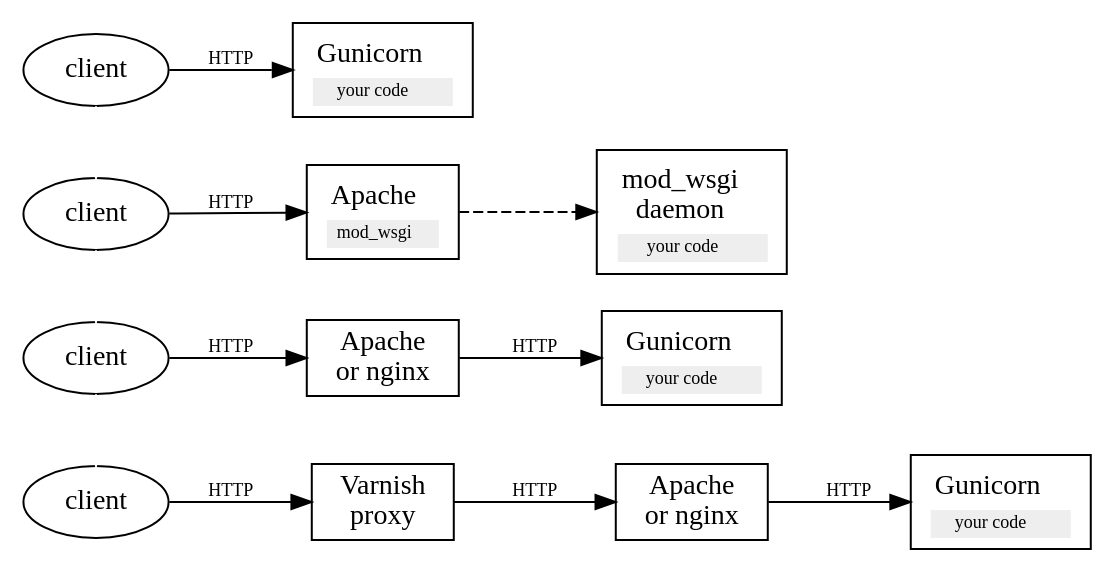
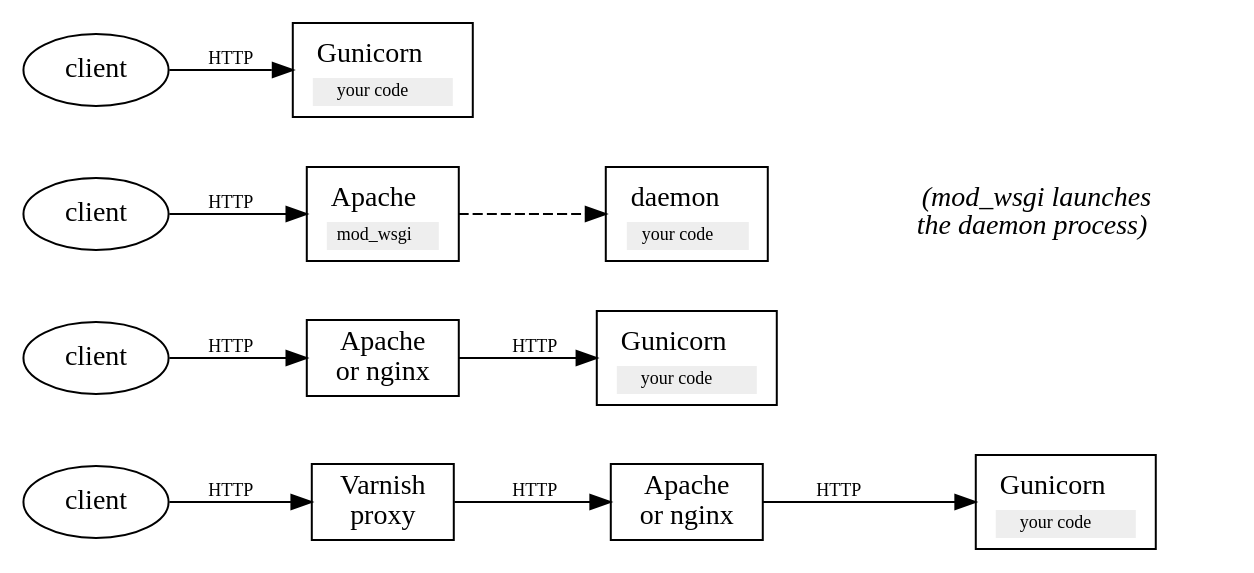
One commit to brandon-rhodes/fopnp changed the diagram in diagrams/10-architectures.dot. Above: the diagram before and after it, drawn with Graphviz.

Commit message:
Try clarifying that mod_wsgi starts its own daemon

```diff
--- a/diagrams/10-architectures.dot
+++ b/diagrams/10-architectures.dot
@@ -1,33 +1,35 @@
 digraph Network {
     graph [rankdir=LR]
 
     client1 [label="client"]
     client2 [label="client"]
     client3 [label="client"]
     client4 [label="client"]
 
     node [shape=rectangle]
     edge [fontsize=9]
 
     gunicorn1 [label=<<table border="0" cellborder="0"><tr><td>Gunicorn</td></tr><tr><td bgcolor="#eeeeee"><font point-size="9">your code</font></td></tr></table>>];
     gunicorn2 [label=<<table border="0" cellborder="0"><tr><td>Gunicorn</td></tr><tr><td bgcolor="#eeeeee"><font point-size="9">your code</font></td></tr></table>>];
     gunicorn3 [label=<<table border="0" cellborder="0"><tr><td>Gunicorn</td></tr><tr><td bgcolor="#eeeeee"><font point-size="9">your code</font></td></tr></table>>];
 
     apache1 [label=<<table border="0" cellborder="0"><tr><td>Apache</td></tr><tr><td bgcolor="#eeeeee"><font point-size="9">mod_wsgi</font></td></tr></table>>]
     apache2 [label="Apache\nor nginx"]
     apache3 [label="Apache\nor nginx"]
 
-    daemon [label=<<table border="0" cellborder="0"><tr><td>mod_wsgi<br/>daemon</td></tr><tr><td bgcolor="#eeeeee"><font point-size="9">your code</font></td></tr></table>>]
+    daemon [label=<<table border="0" cellborder="0"><tr><td>daemon</td></tr><tr><td bgcolor="#eeeeee"><font point-size="9">your code</font></td></tr></table>>]
+    daemon2 [shape=none; label=<<i>(mod_wsgi launches<br/>the daemon process)</i>>]
 
     client1 -> gunicorn1 [label="HTTP"]
     client2 -> apache1 [label="HTTP"]
     apache1 -> daemon [style=dashed]
+    daemon -> daemon2 [style=invis]
     client3 -> apache2 -> gunicorn2 [label="HTTP"]
     client4 -> "Varnish\nproxy" -> apache3 -> gunicorn3 [label="HTTP"]
 
     {
         rank = same;
         rankdir = TB;
-        client1 -> client2 -> client3 -> client4 [color=white];
+        client1 -> client2 -> client3 -> client4 [style=invis];
     }
 }
```
